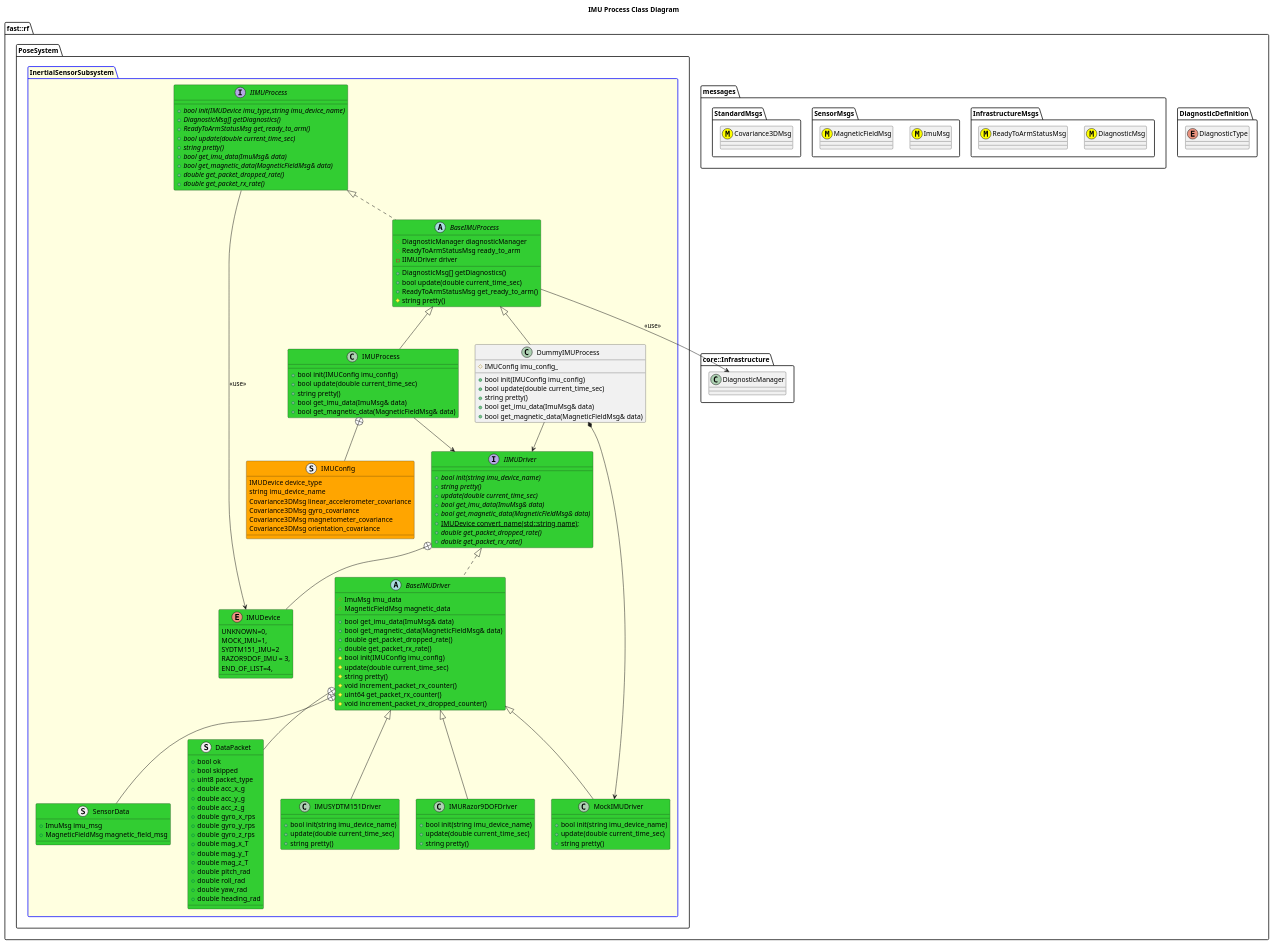
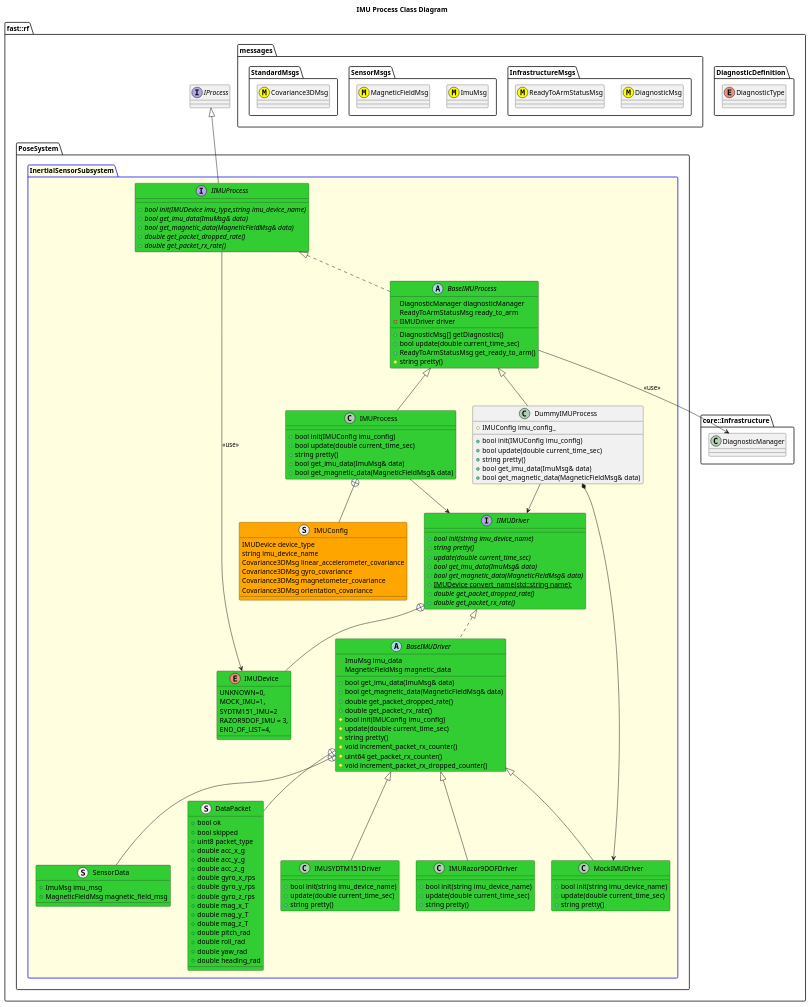
The diagram in Systems/Pose/Subsystems/InertialSensor/Processes/IMU/doc/puml/IMUProcessClassDiagram.puml (fastrobotics/robot_framework), drawn with PlantUML before and after one commit. The commit also changed 8 other files, not shown here.

```diff
--- a/Systems/Pose/Subsystems/InertialSensor/Processes/IMU/doc/puml/IMUProcessClassDiagram.puml
+++ b/Systems/Pose/Subsystems/InertialSensor/Processes/IMU/doc/puml/IMUProcessClassDiagram.puml
@@ -1,163 +1,161 @@
 @startuml
 title IMU Process Class Diagram
 
 namespace fast::rf {
   namespace DiagnosticDefinition {
     enum DiagnosticType
   }
   namespace messages {
     namespace InfrastructureMsgs {
       class DiagnosticMsg <<(M,#FFFF00)>>
       class ReadyToArmStatusMsg <<(M,#FFFF00)>>
     }
     namespace SensorMsgs {
       class ImuMsg <<(M,#FFFF00)>>
       class MagneticFieldMsg <<(M,#FFFF00)>>
     }
     namespace StandardMsgs {
       class Covariance3DMsg <<(M,#FFFF00)>>
     }
   }
   namespace core::Infrastructure {
     class DiagnosticManager
   }
+  interface IProcess
   namespace PoseSystem {
     package InertialSensorSubsystem #LightYellow;line:blue {
         interface IIMUProcess #LimeGreen {
           +{abstract} bool init(IMUDevice imu_type,string imu_device_name)
-          +{abstract} DiagnosticMsg[] getDiagnostics()
-          +{abstract} ReadyToArmStatusMsg get_ready_to_arm()
-          +{abstract} bool update(double current_time_sec)
-          +{abstract} string pretty()
           +{abstract} bool get_imu_data(ImuMsg& data)
           +{abstract} bool get_magnetic_data(MagneticFieldMsg& data)
           +{abstract} double get_packet_dropped_rate()
           +{abstract} double get_packet_rx_rate()
         }
+        IIMUProcess -up-|> IProcess
         IIMUProcess --> IMUDevice: <<use>>
         
         abstract BaseIMUProcess #LimeGreen {
           +DiagnosticMsg[] getDiagnostics()
           +bool update(double current_time_sec)
           +ReadyToArmStatusMsg get_ready_to_arm()
           #string pretty()
           #DiagnosticManager diagnosticManager
           #ReadyToArmStatusMsg ready_to_arm
           -IIMUDriver driver
 
         }
         BaseIMUProcess .up.|> IIMUProcess
         BaseIMUProcess --> DiagnosticManager: <<use>>
 
         enum IMUDevice #LimeGreen {
           UNKNOWN=0,
           MOCK_IMU=1,
           SYDTM151_IMU=2
           RAZOR9DOF_IMU = 3,
           END_OF_LIST=4,
         }
         interface IIMUDriver #LimeGreen {
           +{abstract} bool init(string imu_device_name)
           +{abstract} string pretty()
           +{abstract} update(double current_time_sec)
           +{abstract}  bool get_imu_data(ImuMsg& data)
           +{abstract} bool get_magnetic_data(MagneticFieldMsg& data)
           +{static} IMUDevice convert_name(std::string name);
           +{abstract} double get_packet_dropped_rate()
           +{abstract} double get_packet_rx_rate()
         }
         IIMUDriver +-- IMUDevice
         struct SensorData #LimeGreen {
           +ImuMsg imu_msg
           +MagneticFieldMsg magnetic_field_msg
         }
         struct DataPacket #LimeGreen {
             +bool ok
             +bool skipped
             +uint8 packet_type
             +double acc_x_g
             +double acc_y_g
             +double acc_z_g
             +double gyro_x_rps
             +double gyro_y_rps
             +double gyro_z_rps
             +double mag_x_T
             +double mag_y_T
             +double mag_z_T
             +double pitch_rad
             +double roll_rad
             +double yaw_rad
             +double heading_rad
         }
         abstract BaseIMUDriver #LimeGreen {
           +bool get_imu_data(ImuMsg& data)
           +bool get_magnetic_data(MagneticFieldMsg& data)
           +double get_packet_dropped_rate()
           +double get_packet_rx_rate()
           #bool init(IMUConfig imu_config)
           #update(double current_time_sec)
           #string pretty()
           #void increment_packet_rx_counter()
           #uint64 get_packet_rx_counter()
           #void increment_packet_rx_dropped_counter()
           #ImuMsg imu_data
           #MagneticFieldMsg magnetic_data
         }
         BaseIMUDriver .up.|> IIMUDriver
         BaseIMUDriver +-- SensorData
         BaseIMUDriver +-- DataPacket
 
         class MockIMUDriver #LimeGreen {
            +bool init(string imu_device_name)
            +update(double current_time_sec)
            +string pretty()
            
         }
         MockIMUDriver -up-|> BaseIMUDriver
 
         class IMUSYDTM151Driver #LimeGreen {
            +bool init(string imu_device_name)
            +update(double current_time_sec)
            +string pretty()
         }
         IMUSYDTM151Driver -up-|> BaseIMUDriver
         class IMURazor9DOFDriver #LimeGreen {
            +bool init(string imu_device_name)
            +update(double current_time_sec)
            +string pretty()
         }
         IMURazor9DOFDriver -up-|> BaseIMUDriver
         class IMUProcess #LimeGreen {
           +bool init(IMUConfig imu_config)
           +bool update(double current_time_sec)
           +string pretty()
           +bool get_imu_data(ImuMsg& data)
           +bool get_magnetic_data(MagneticFieldMsg& data)
           
         }
         struct IMUConfig #Orange {
           IMUDevice device_type
           string imu_device_name
           Covariance3DMsg linear_accelerometer_covariance
           Covariance3DMsg gyro_covariance
           Covariance3DMsg magnetometer_covariance
           Covariance3DMsg orientation_covariance
         }
         IMUProcess +-- IMUConfig
         IMUProcess -up-|> BaseIMUProcess
         IMUProcess --> IIMUDriver
         class DummyIMUProcess {
           +bool init(IMUConfig imu_config)
           +bool update(double current_time_sec)
           +string pretty()
           +bool get_imu_data(ImuMsg& data)
           +bool get_magnetic_data(MagneticFieldMsg& data)
           #IMUConfig imu_config_
         }
         DummyIMUProcess -up-|> BaseIMUProcess
         DummyIMUProcess --> IIMUDriver
         DummyIMUProcess *-> MockIMUDriver
     }
   }
 }
 @enduml
```
